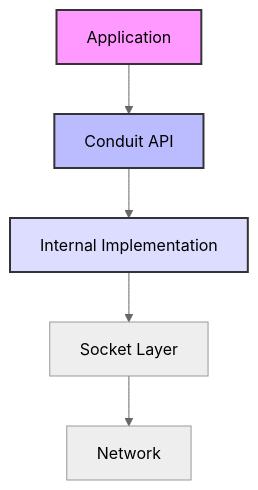
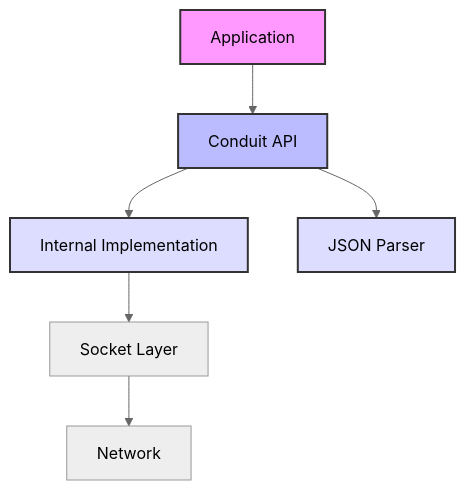
The first of 3 diagrams in README.md (fernkit/conduit), drawn with Mermaid (neutral theme) before and after one commit. The commit also changed other lines of this file and 6 other files, not shown here.

Commit message:
feat(.): new json parser

````diff
--- a/README.md
+++ b/README.md
@@ -19,11 +16,12 @@
 ```mermaid
 graph TD
-    A[Application] --> B[Conduit API]
-    B --> C[Internal Implementation]
-    C --> D[Socket Layer]
-    D --> E[Network]
-    
-    style A fill:#f9f,stroke:#333,stroke-width:2px
-    style B fill:#bbf,stroke:#333,stroke-width:2px
-    style C fill:#ddf,stroke:#333,stroke-width:2px
+ A[Application] --> B[Conduit API]
+ B --> C[Internal Implementation]
+ B --> F[JSON Parser]
+ C --> D[Socket Layer]
+ D --> E[Network]
+ style A fill:#f9f,stroke:#333,stroke-width:2px
+ style B fill:#bbf,stroke:#333,stroke-width:2px
+ style C fill:#ddf,stroke:#333,stroke-width:2px
+ style F fill:#ddf,stroke:#333,stroke-width:2px
 ```
````
